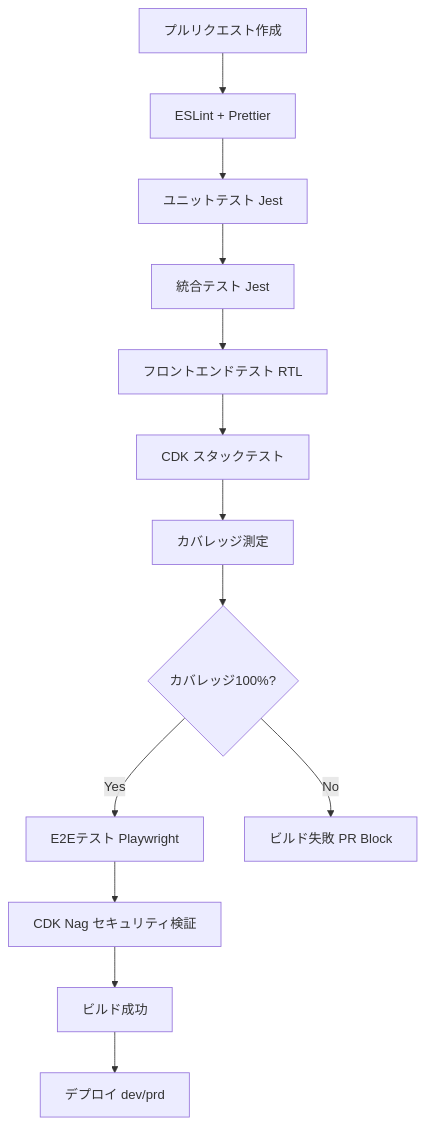
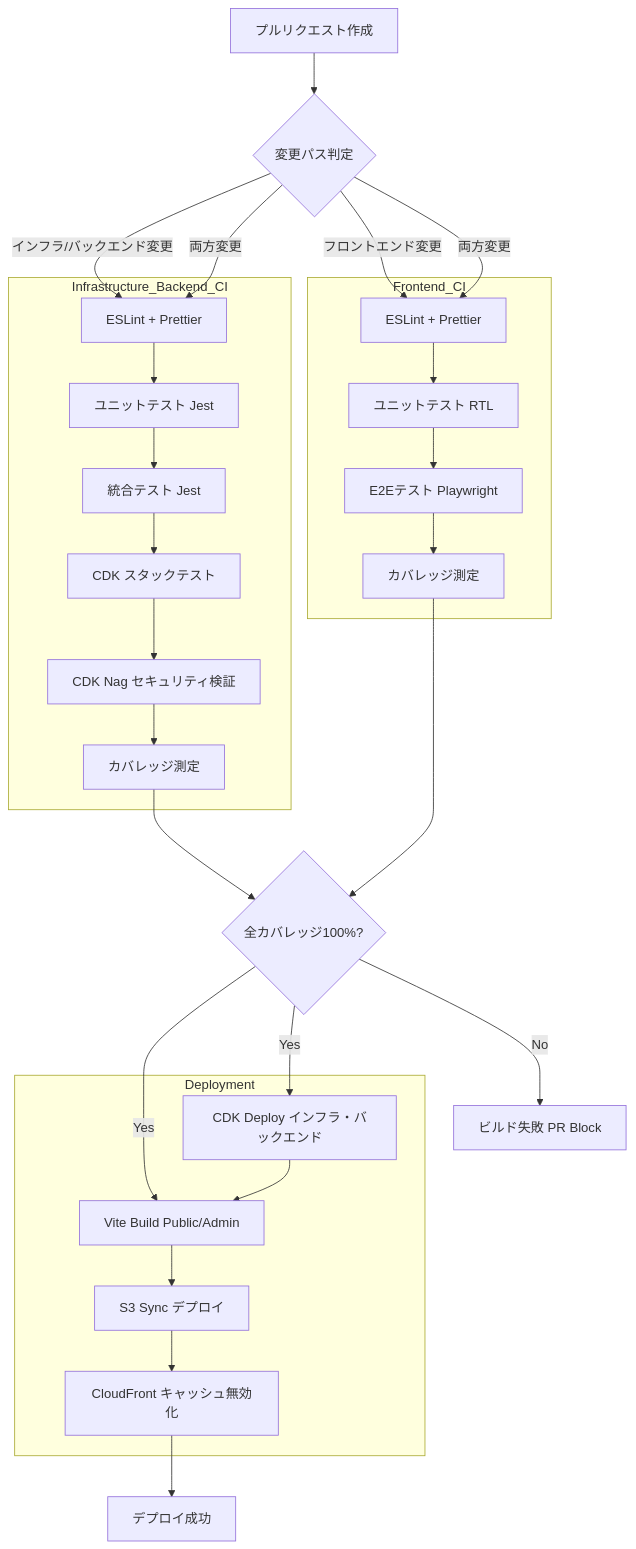
Before and after one commit to okshin-yk-private/serverlessBlog: the fifth of 7 diagrams in .kiro/specs/serverless-blog-aws/design.md, drawn with Mermaid. The commit also changed other lines of this file and 23 other files, not shown here.

First line of the commit message:
Security: CloudFront OACとUUID基盤ファイル名による強化

````diff
--- a/.kiro/specs/serverless-blog-aws/design.md
+++ b/.kiro/specs/serverless-blog-aws/design.md
@@ -345,29 +495,62 @@
 ```mermaid
 graph TB
     PR[プルリクエスト作成]
-    Lint[ESLint + Prettier]
-    UnitTest[ユニットテスト Jest]
-    IntegrationTest[統合テスト Jest]
-    FrontendTest[フロントエンドテスト RTL]
-    CDKTest[CDK スタックテスト]
-    Coverage[カバレッジ測定]
-    CoverageCheck{カバレッジ100%?}
-    E2ETest[E2Eテスト Playwright]
-    CDKNag[CDK Nag セキュリティ検証]
-    Build[ビルド成功]
-    Deploy[デプロイ dev/prd]
+    PathCheck{変更パス判定}
+
+    subgraph Infrastructure_Backend_CI
+        InfraLint[ESLint + Prettier]
+        InfraUnitTest[ユニットテスト Jest]
+        InfraIntegrationTest[統合テスト Jest]
+        InfraCDKTest[CDK スタックテスト]
+        CDKNag[CDK Nag セキュリティ検証]
+        InfraCoverage[カバレッジ測定]
+    end
+
+    subgraph Frontend_CI
+        FrontendLint[ESLint + Prettier]
+        FrontendUnitTest[ユニットテスト RTL]
+        FrontendE2ETest[E2Eテスト Playwright]
+        FrontendCoverage[カバレッジ測定]
+    end
+
+    CoverageCheck{全カバレッジ100%?}
+
+    subgraph Deployment
+        InfraDeploy[CDK Deploy インフラ・バックエンド]
+        FrontendBuild[Vite Build Public/Admin]
+        S3Deploy[S3 Sync デプロイ]
+        CloudFrontInvalidate[CloudFront キャッシュ無効化]
+    end
+
+    Success[デプロイ成功]
     Fail[ビルド失敗 PR Block]
 
-    PR --> Lint
-    Lint --> UnitTest
-    UnitTest --> IntegrationTest
-    IntegrationTest --> FrontendTest
-    FrontendTest --> CDKTest
-    CDKTest --> Coverage
-    Coverage --> CoverageCheck
-    CoverageCheck -->|Yes| E2ETest
+    PR --> PathCheck
+
+    PathCheck -->|インフラ/バックエンド変更| InfraLint
+    PathCheck -->|フロントエンド変更| FrontendLint
+    PathCheck -->|両方変更| InfraLint
+    PathCheck -->|両方変更| FrontendLint
+
+    InfraLint --> InfraUnitTest
+    InfraUnitTest --> InfraIntegrationTest
+    InfraIntegrationTest --> InfraCDKTest
+    InfraCDKTest --> CDKNag
+    CDKNag --> InfraCoverage
+
+    FrontendLint --> FrontendUnitTest
+    FrontendUnitTest --> FrontendE2ETest
+    FrontendE2ETest --> FrontendCoverage
+
+    InfraCoverage --> CoverageCheck
+    FrontendCoverage --> CoverageCheck
+
+    CoverageCheck -->|Yes| InfraDeploy
+    CoverageCheck -->|Yes| FrontendBuild
     CoverageCheck -->|No| Fail
-    E2ETest --> CDKNag
-    CDKNag --> Build
-    Build --> Deploy
+
+    InfraDeploy --> FrontendBuild
+    FrontendBuild --> S3Deploy
+    S3Deploy --> CloudFrontInvalidate
+    CloudFrontInvalidate --> Success
 ```
````
